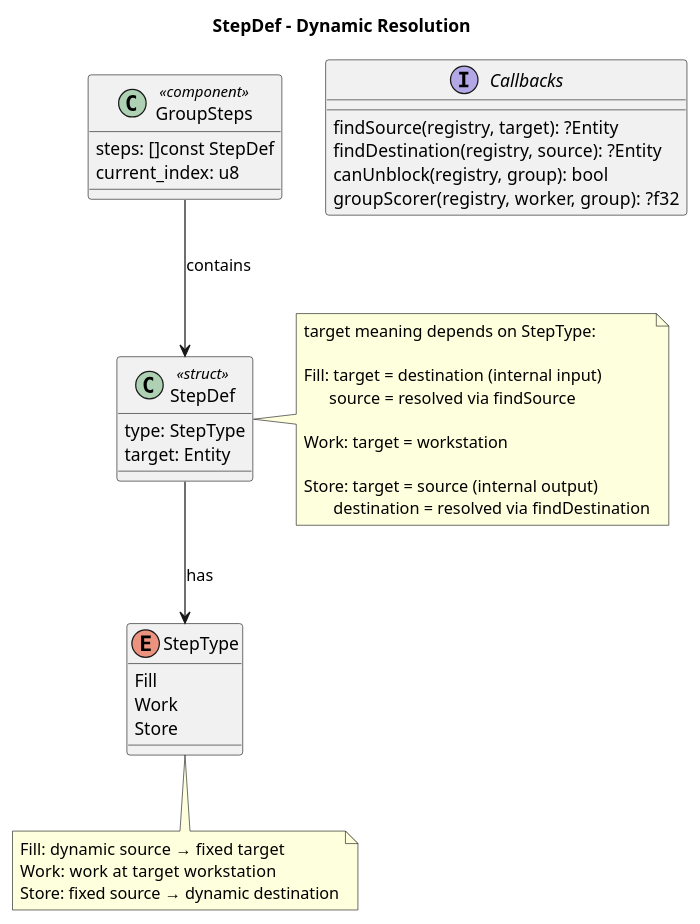
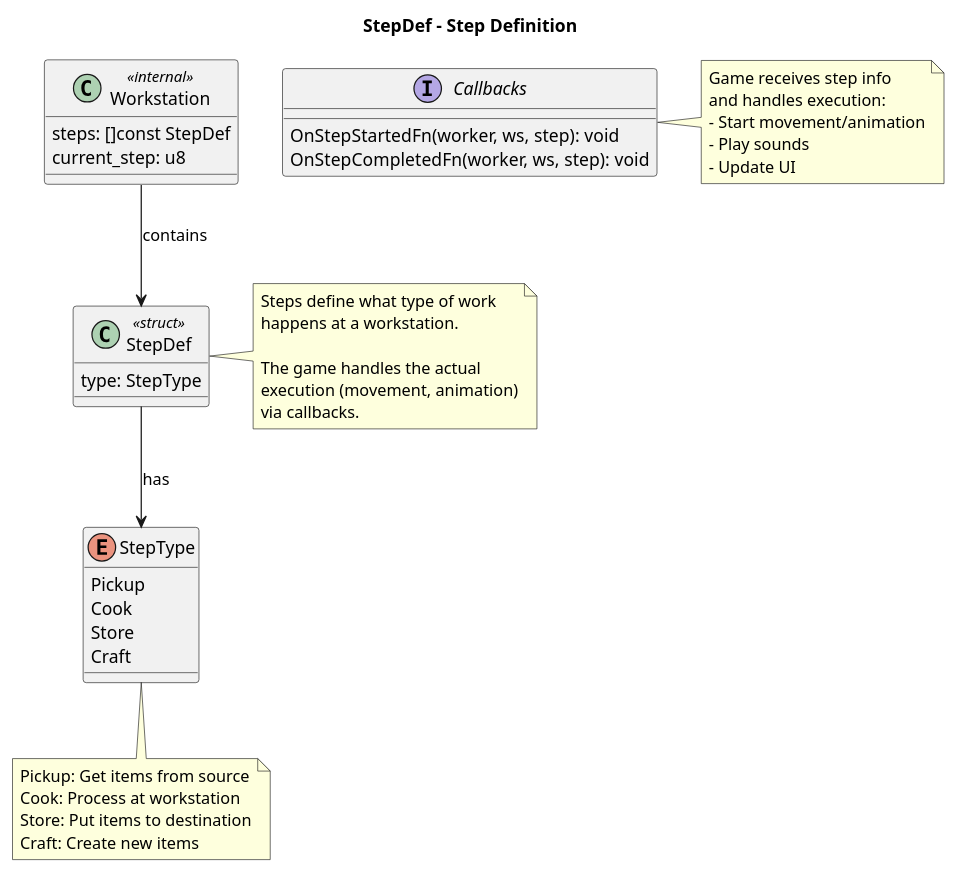
Before and after one commit to labelle-toolkit/labelle-tasks: the diagram in uml/step_def.puml, drawn with PlantUML. The commit also changed 41 other files, not shown here.

```diff
--- a/uml/step_def.puml
+++ b/uml/step_def.puml
@@ -1,48 +1,52 @@
 @startuml step_def
-title StepDef - Dynamic Resolution
+title StepDef - Step Definition
 
 class StepDef <<struct>> {
   type: StepType
-  target: Entity
 }
 
 enum StepType {
-  Fill
-  Work
+  Pickup
+  Cook
   Store
+  Craft
 }
 
-class GroupSteps <<component>> {
+class Workstation <<internal>> {
   steps: []const StepDef
-  current_index: u8
+  current_step: u8
 }
 
 interface "Callbacks" as callbacks {
-  findSource(registry, target): ?Entity
-  findDestination(registry, source): ?Entity
-  canUnblock(registry, group): bool
-  groupScorer(registry, worker, group): ?f32
+  OnStepStartedFn(worker, ws, step): void
+  OnStepCompletedFn(worker, ws, step): void
 }
 
-GroupSteps --> StepDef : contains
+Workstation --> StepDef : contains
 StepDef --> StepType : has
 
 note right of StepDef
-  target meaning depends on StepType:
+  Steps define what type of work
+  happens at a workstation.
 
-  Fill: target = destination (internal input)
-        source = resolved via findSource
-
-  Work: target = workstation
-
-  Store: target = source (internal output)
-         destination = resolved via findDestination
+  The game handles the actual
+  execution (movement, animation)
+  via callbacks.
 end note
 
 note bottom of StepType
-  Fill:  dynamic source → fixed target
-  Work:  work at target workstation
-  Store: fixed source → dynamic destination
+  Pickup: Get items from source
+  Cook: Process at workstation
+  Store: Put items to destination
+  Craft: Create new items
+end note
+
+note right of callbacks
+  Game receives step info
+  and handles execution:
+  - Start movement/animation
+  - Play sounds
+  - Update UI
 end note
 
 @enduml
```
